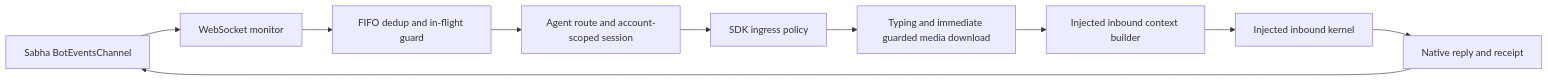
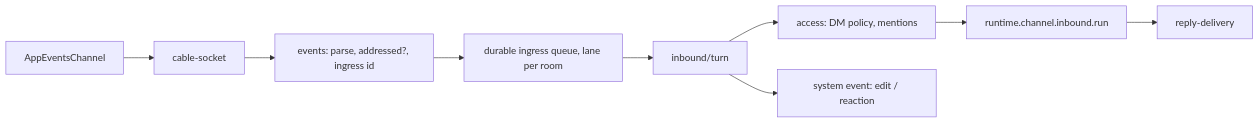
Before and after one commit to sabha-co/openclaw-sabha: the diagram in docs/ARCHITECTURE.md, drawn with Mermaid. The commit also changed other lines of this file and 136 other files, not shown here.

````diff
--- a/docs/ARCHITECTURE.md
+++ b/docs/ARCHITECTURE.md
@@ -33,12 +40,11 @@
 ```mermaid
 flowchart LR
-  Sabha[Sabha BotEventsChannel] --> WS[WebSocket monitor]
-  WS --> Dedup[FIFO dedup and in-flight guard]
-  Dedup --> Route[Agent route and account-scoped session]
-  Route --> Admission[SDK ingress policy]
-  Admission --> Media[Typing and immediate guarded media download]
-  Media --> Context[Injected inbound context builder]
-  Context --> Kernel[Injected inbound kernel]
-  Kernel --> Delivery[Native reply and receipt]
-  Delivery --> Sabha
+  Cable[AppEventsChannel] --> Socket[cable-socket]
+  Socket --> Events[events: parse, addressed?, ingress id]
+  Events --> Queue[durable ingress queue, lane per room]
+  Queue --> Turn[inbound/turn]
+  Turn --> Access[access: DM policy, mentions]
+  Access --> Run[runtime.channel.inbound.run]
+  Run --> Reply[reply-delivery]
+  Turn --> SysEvt[system event: edit / reaction]
 ```
````
